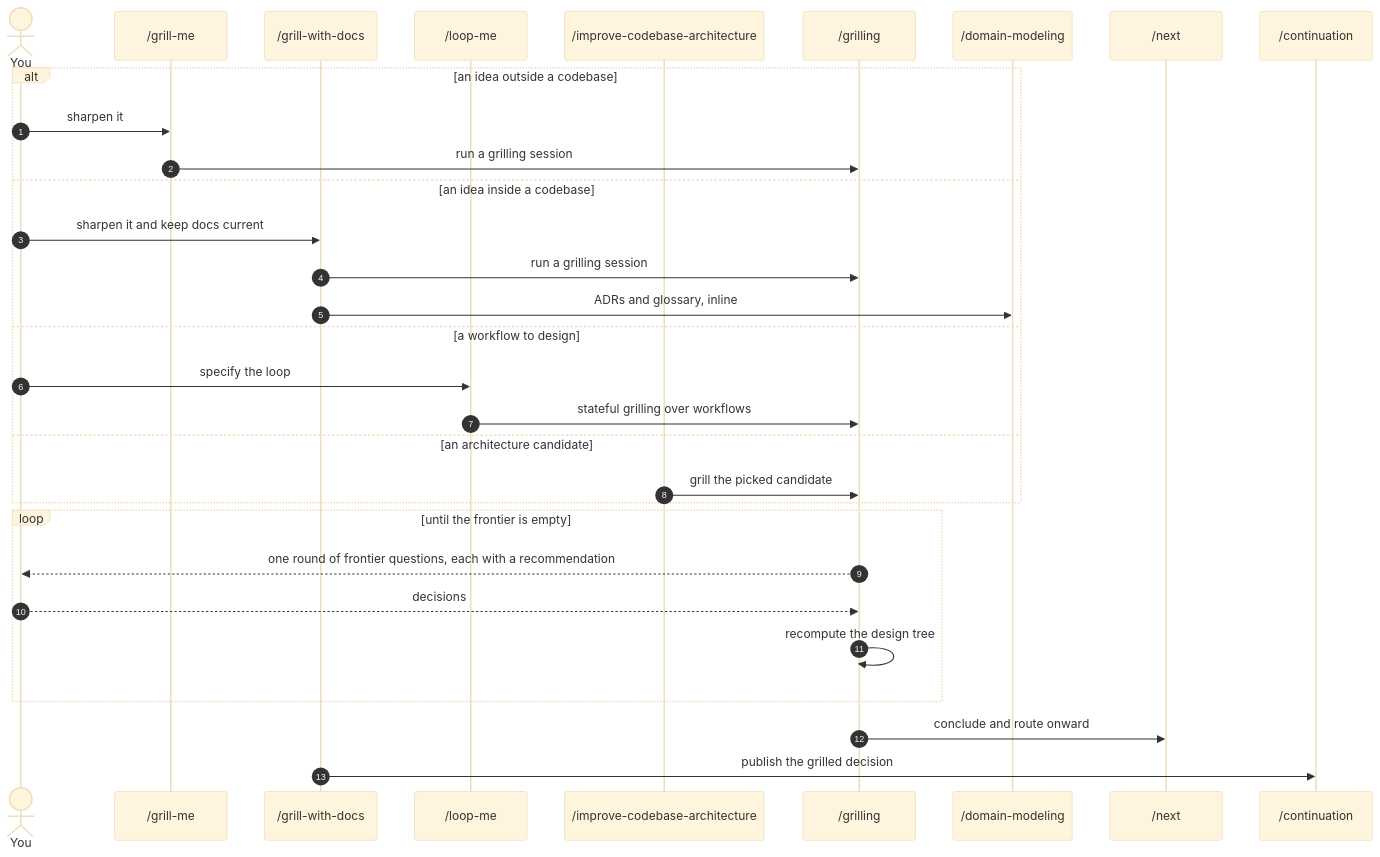
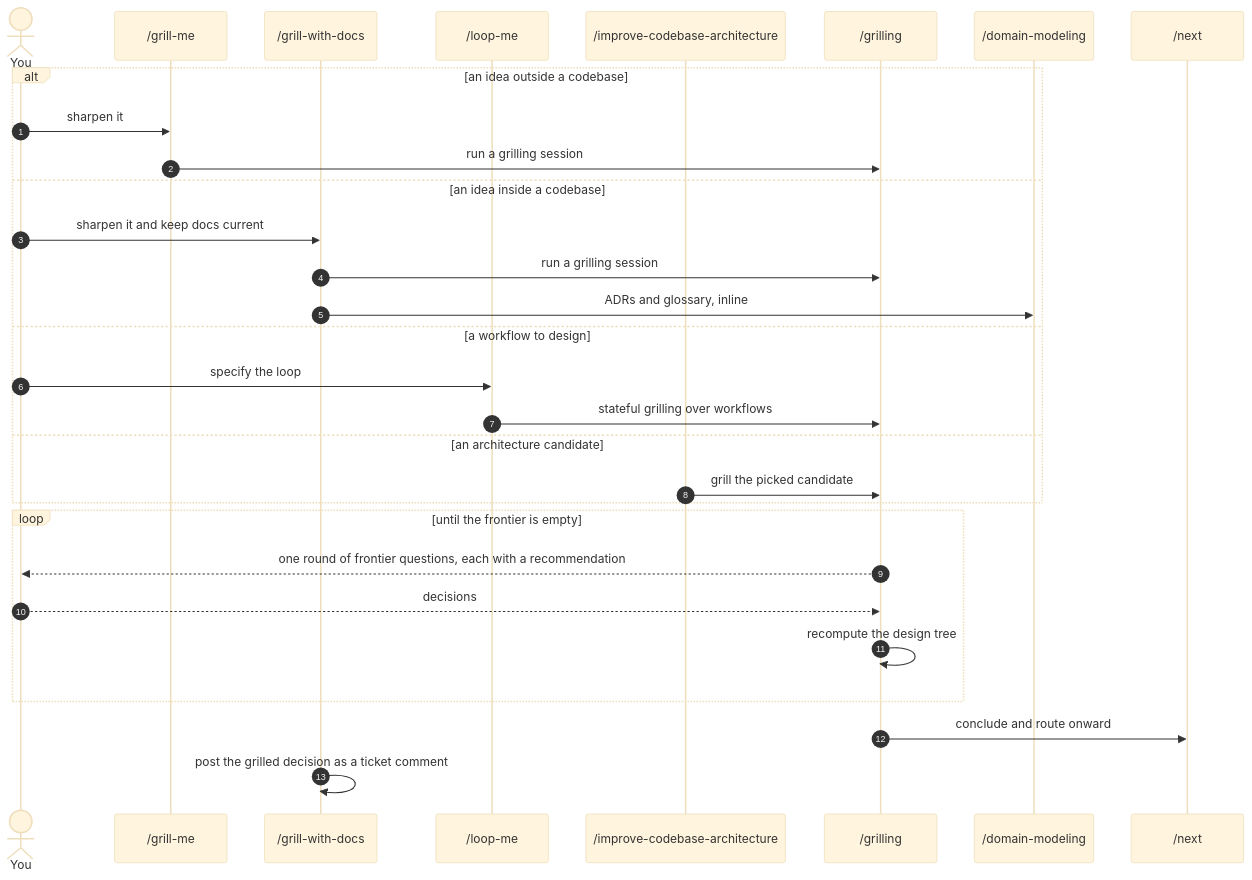
Before and after one commit to bradcstevens/git-loopy-skills: the fourth of 12 diagrams in docs/skill-connections.md, drawn with Mermaid (base theme). The commit also changed other lines of this file and 20 other files, not shown here.

````diff
--- a/docs/skill-connections.md
+++ b/docs/skill-connections.md
@@ -214,36 +190,35 @@
 ```mermaid
 sequenceDiagram
     autonumber
     actor U as You
     participant GM as /grill-me
     participant GD as /grill-with-docs
     participant LM as /loop-me
     participant ICA as /improve-codebase-architecture
     participant GR as /grilling
     participant DM as /domain-modeling
     participant NX as /next
-    participant CN as /continuation
 
     alt an idea outside a codebase
         U->>GM: sharpen it
         GM->>GR: run a grilling session
     else an idea inside a codebase
         U->>GD: sharpen it and keep docs current
         GD->>GR: run a grilling session
         GD->>DM: ADRs and glossary, inline
     else a workflow to design
         U->>LM: specify the loop
         LM->>GR: stateful grilling over workflows
     else an architecture candidate
         ICA->>GR: grill the picked candidate
     end
 
     loop until the frontier is empty
         GR-->>U: one round of frontier questions, each with a recommendation
         U-->>GR: decisions
         GR->>GR: recompute the design tree
     end
 
     GR->>NX: conclude and route onward
-    GD->>CN: publish the grilled decision
+    GD->>GD: post the grilled decision as a ticket comment
 ```
````
